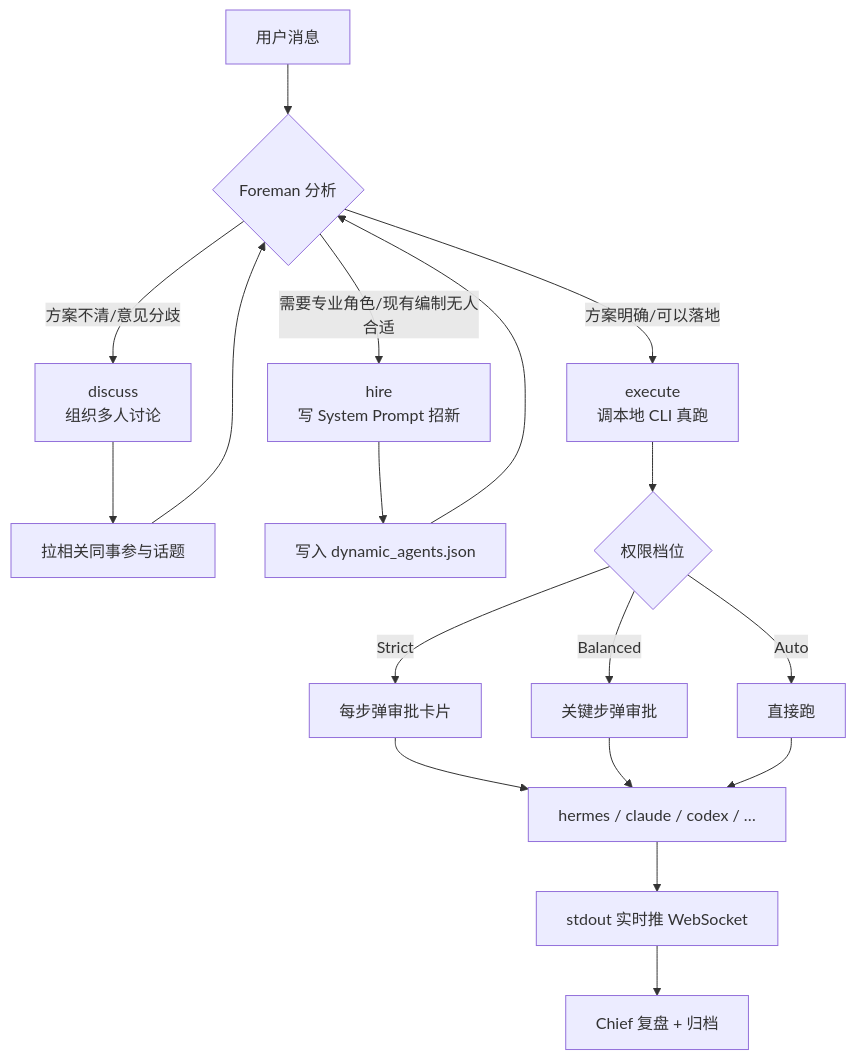
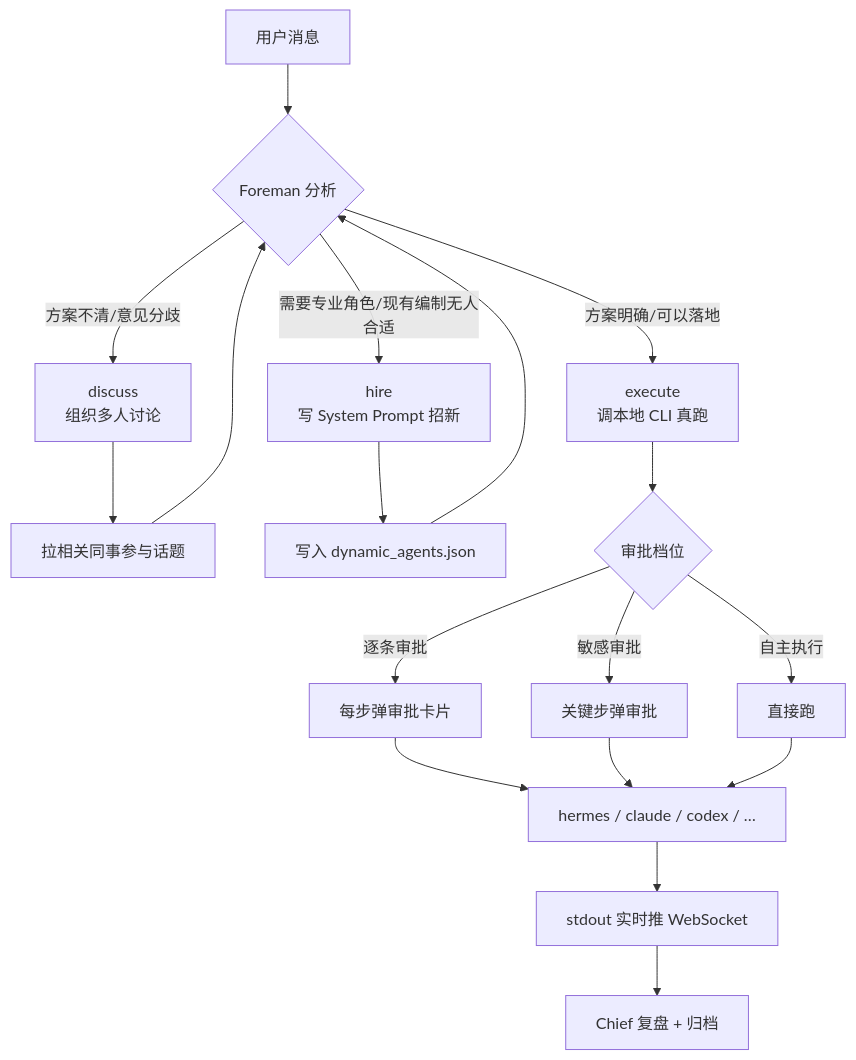
Before and after one commit to V-lVl/crew-multi-agent: the diagram in README.md, drawn with Mermaid. The commit also changed other lines of this file and 2 other files, not shown here.

Commit message:
ui: 权限档位下拉文案改为「逐条审批 / 敏感审批 / 自主执行」

````diff
--- a/README.md
+++ b/README.md
@@ -260,23 +260,23 @@
 ```mermaid
 flowchart TB
     U["用户消息"] --> F{Foreman 分析}
     F -->|方案不清/意见分歧| D["discuss<br/>组织多人讨论"]
     F -->|需要专业角色/现有编制无人合适| H["hire<br/>写 System Prompt 招新"]
     F -->|方案明确/可以落地| E["execute<br/>调本地 CLI 真跑"]
 
     D --> Q["拉相关同事参与话题"]
     Q --> F
 
     H --> N["写入 dynamic_agents.json"]
     N --> F
 
-    E --> A{"权限档位"}
-    A -->|Strict| P["每步弹审批卡片"]
-    A -->|Balanced| P2["关键步弹审批"]
-    A -->|Auto| X["直接跑"]
+    E --> A{"审批档位"}
+    A -->|逐条审批| P["每步弹审批卡片"]
+    A -->|敏感审批| P2["关键步弹审批"]
+    A -->|自主执行| X["直接跑"]
     P --> R["hermes / claude / codex / …"]
     P2 --> R
     X --> R
     R --> L["stdout 实时推 WebSocket"]
     L --> C["Chief 复盘 + 归档"]
 ```
````
